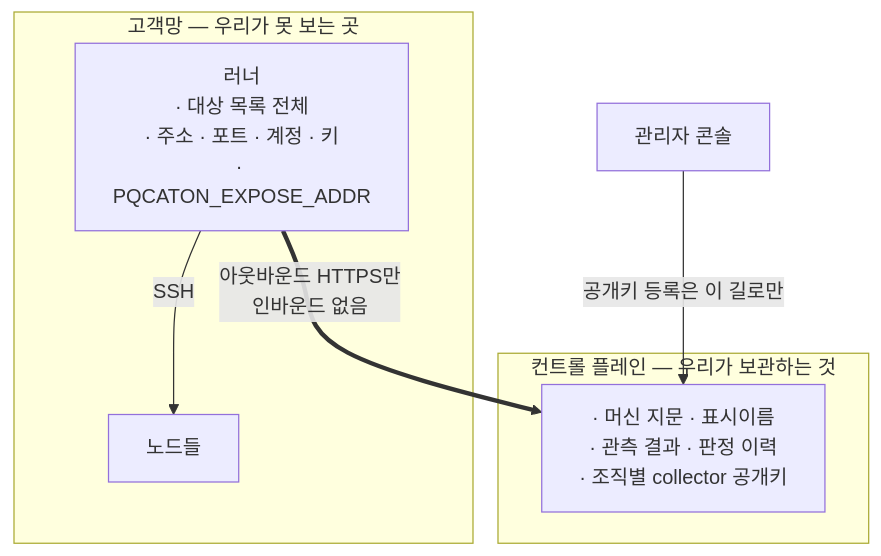
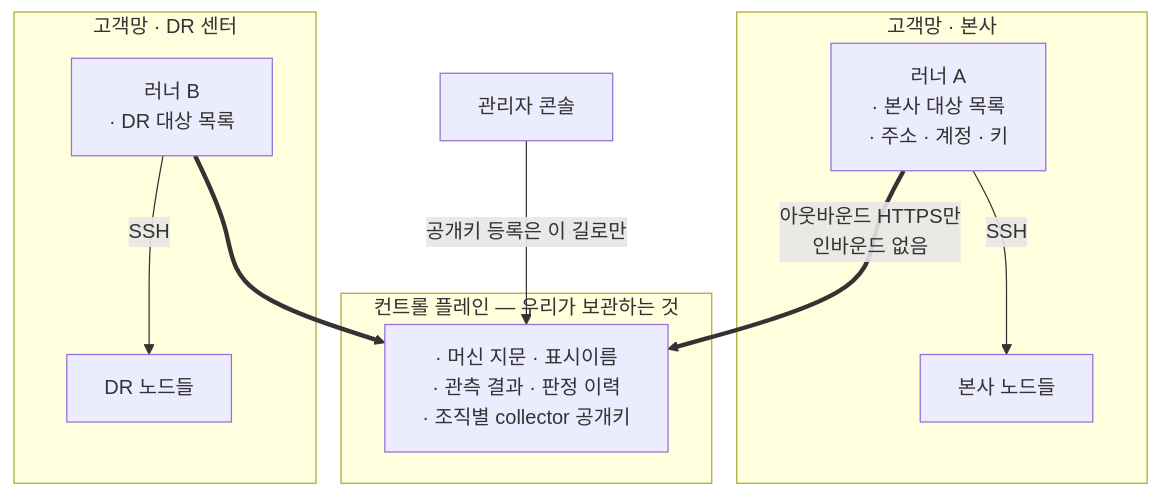
Before and after one commit to sntsoftgit/pqcaton: the third of 5 diagrams in saas/journey.md, drawn with Mermaid. The commit also changed other lines of this file, not shown here.

````diff
--- a/saas/journey.md
+++ b/saas/journey.md
@@ -136,13 +141,19 @@
 ```mermaid
 flowchart TB
-    subgraph 고객망["고객망 — 우리가 못 보는 곳"]
-        R["러너<br/>· 대상 목록 전체<br/>· 주소 · 포트 · 계정 · 키<br/>· PQCATON_EXPOSE_ADDR"]
-        N["노드들"]
-        R -->|SSH| N
+    subgraph 본사["고객망 · 본사"]
+        R1["러너 A<br/>· 본사 대상 목록<br/>· 주소 · 계정 · 키"]
+        N1["본사 노드들"]
+        R1 -->|SSH| N1
+    end
+    subgraph DR["고객망 · DR 센터"]
+        R2["러너 B<br/>· DR 대상 목록"]
+        N2["DR 노드들"]
+        R2 -->|SSH| N2
     end
     subgraph CP["컨트롤 플레인 — 우리가 보관하는 것"]
         S["· 머신 지문 · 표시이름<br/>· 관측 결과 · 판정 이력<br/>· 조직별 collector 공개키"]
     end
-    R ==>|"아웃바운드 HTTPS만<br/>인바운드 없음"| S
+    R1 ==>|"아웃바운드 HTTPS만<br/>인바운드 없음"| S
+    R2 ==> S
     ADMIN["관리자 콘솔"] -->|"공개키 등록은 이 길로만"| S
 ```
````
